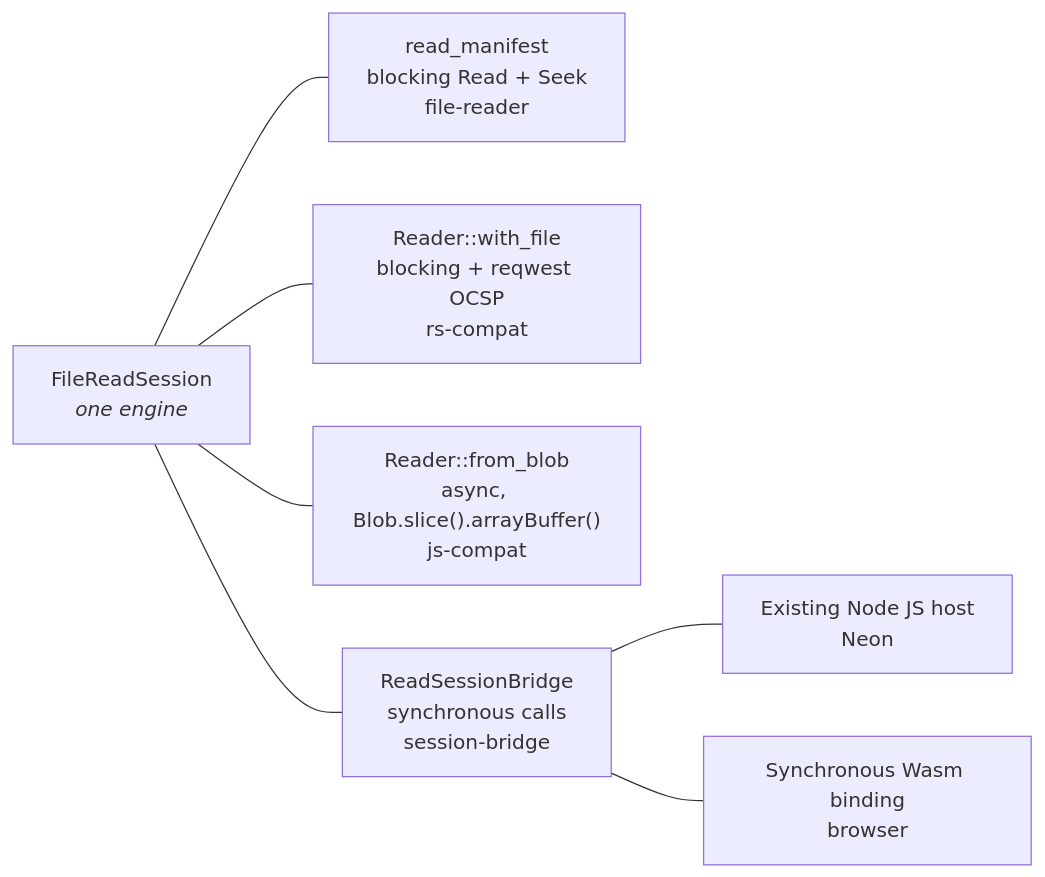
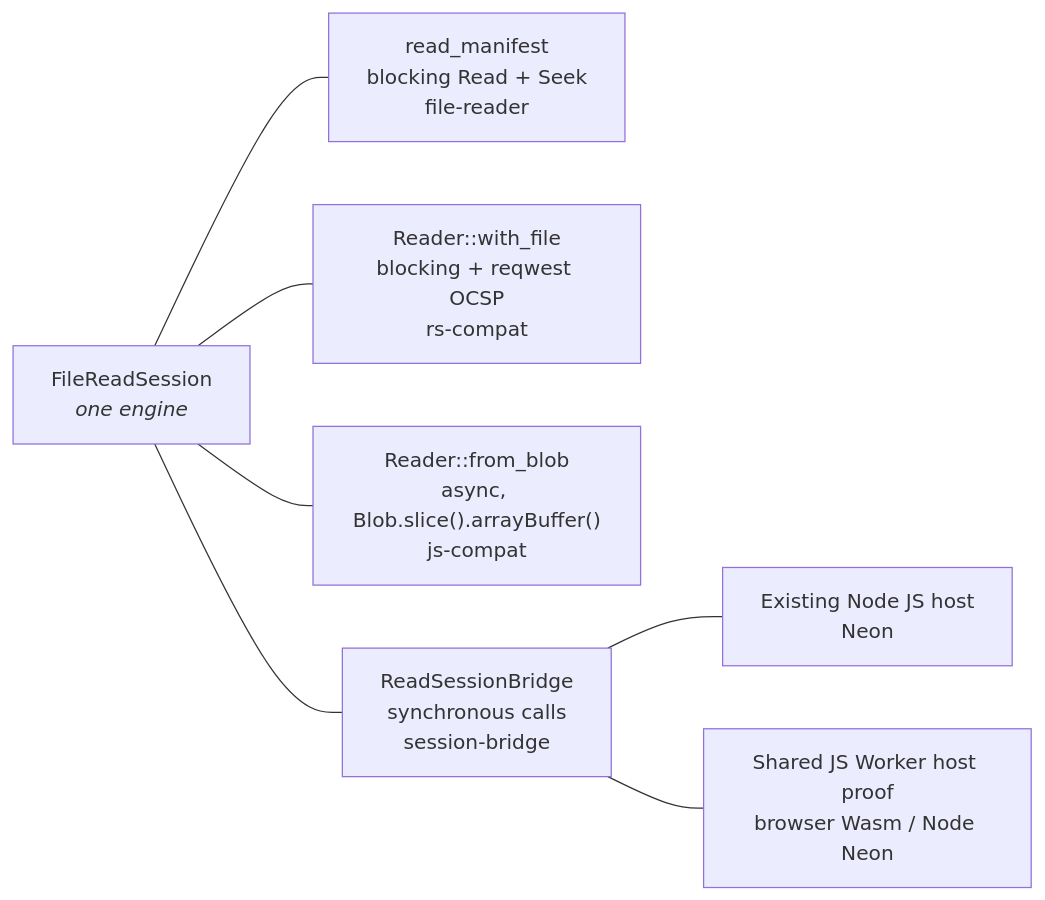
The third of 3 diagrams in docs/walkthrough/03-read-path.md (scouten/state-machine-experiment), drawn with Mermaid before and after one commit. The commit also changed 15 other files, not shown here.

Commit message:
docs(js): document the shared host and its tests

````diff
--- a/docs/walkthrough/03-read-path.md
+++ b/docs/walkthrough/03-read-path.md
@@ -91,10 +91,10 @@
 ```mermaid
 flowchart LR
     S["FileReadSession<br/><i>one engine</i>"]
     S --- H1["read_manifest<br/>blocking Read + Seek<br/>file-reader"]
     S --- H2["Reader::with_file<br/>blocking + reqwest OCSP<br/>rs-compat"]
     S --- H3["Reader::from_blob<br/>async, Blob.slice().arrayBuffer()<br/>js-compat"]
     S --- H4["ReadSessionBridge<br/>synchronous calls<br/>session-bridge"]
     H4 --- N["Existing Node JS host<br/>Neon"]
-    H4 --- W["Synchronous Wasm binding<br/>browser"]
+    H4 --- W["Shared JS Worker host proof<br/>browser Wasm / Node Neon"]
 ```
````
